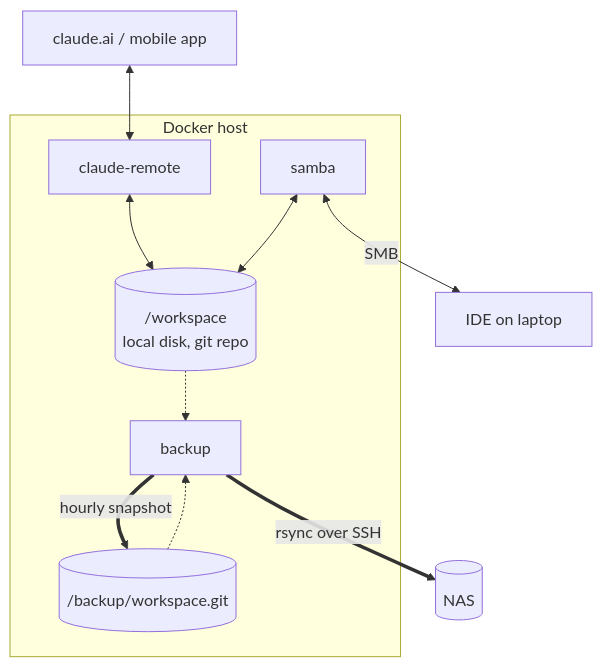
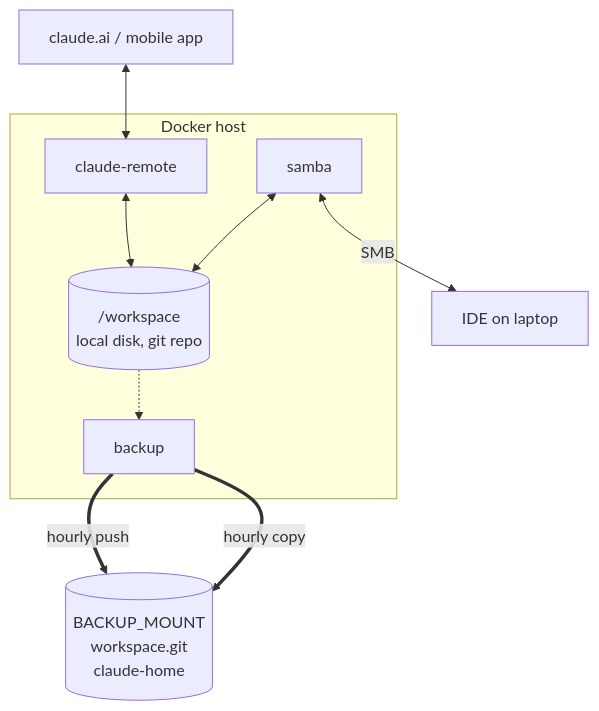
The diagram in README.md (sebmartin/ai-workspace-remote), drawn with Mermaid before and after one commit. The commit also changed other lines of this file and 12 other files, not shown here.

````diff
--- a/README.md
+++ b/README.md
@@ -30,25 +31,23 @@
 ```mermaid
 flowchart TB
     remote["claude.ai / mobile app"]
     desktop["IDE on laptop"]
 
     subgraph host["Docker host"]
         claude["claude-remote"]
         smb["samba"]
         bk["backup"]
         ws[("/workspace<br>local disk, git repo")]
-        bare[("/backup/workspace.git")]
 
         claude <--> ws
         smb <--> ws
         ws -.-> bk
-        bk == "hourly snapshot" ==> bare
-        bare -.-> bk
     end
 
-    nas[("NAS")]
+    mnt[("BACKUP_MOUNT<br>workspace.git<br>claude-home")]
 
     remote <--> claude
     smb <-- "SMB" --> desktop
-    bk == "rsync over SSH" ==> nas
+    bk == "hourly push" ==> mnt
+    bk == "hourly copy" ==> mnt
 ```
````
